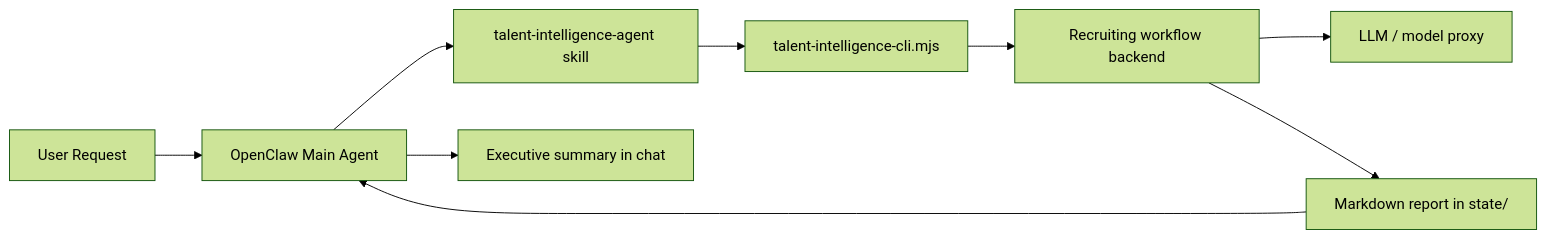
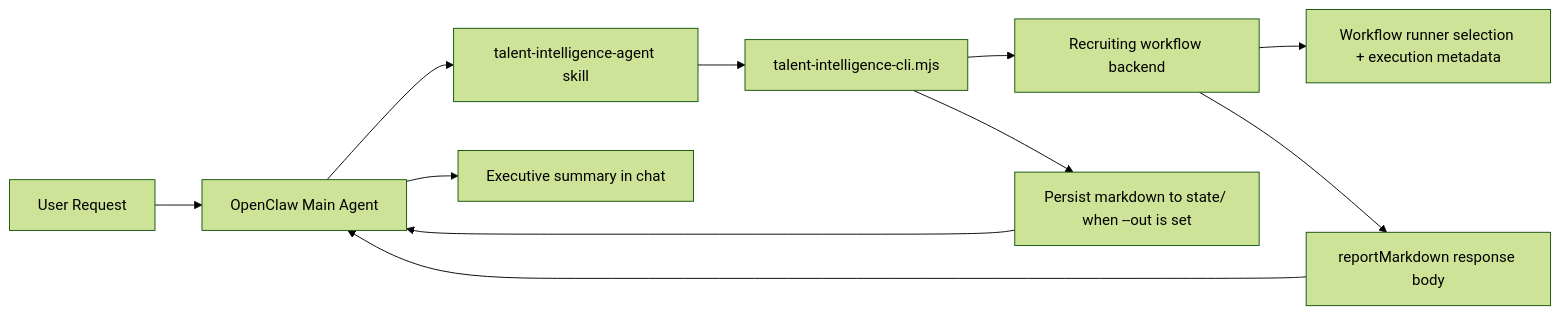
The diagram in README.md (geqqlong-bit/talent-intelligence-agent), drawn with Mermaid (forest theme) before and after one commit. The commit also changed other lines of this file and 14 other files, not shown here.

````diff
--- a/README.md
+++ b/README.md
@@ -64,11 +65,13 @@
 ```mermaid
 flowchart LR
     U[User Request] --> O[OpenClaw Main Agent]
     O --> S[talent-intelligence-agent skill]
     S --> C[talent-intelligence-cli.mjs]
     C --> B[Recruiting workflow backend]
-    B --> L[LLM / model proxy]
-    B --> R[Markdown report in state/]
+    B --> W[Workflow runner selection + execution metadata]
+    B --> M[reportMarkdown response body]
+    C --> R[Persist markdown to state/ when --out is set]
+    M --> O
     R --> O
     O --> E[Executive summary in chat]
 ```
````
